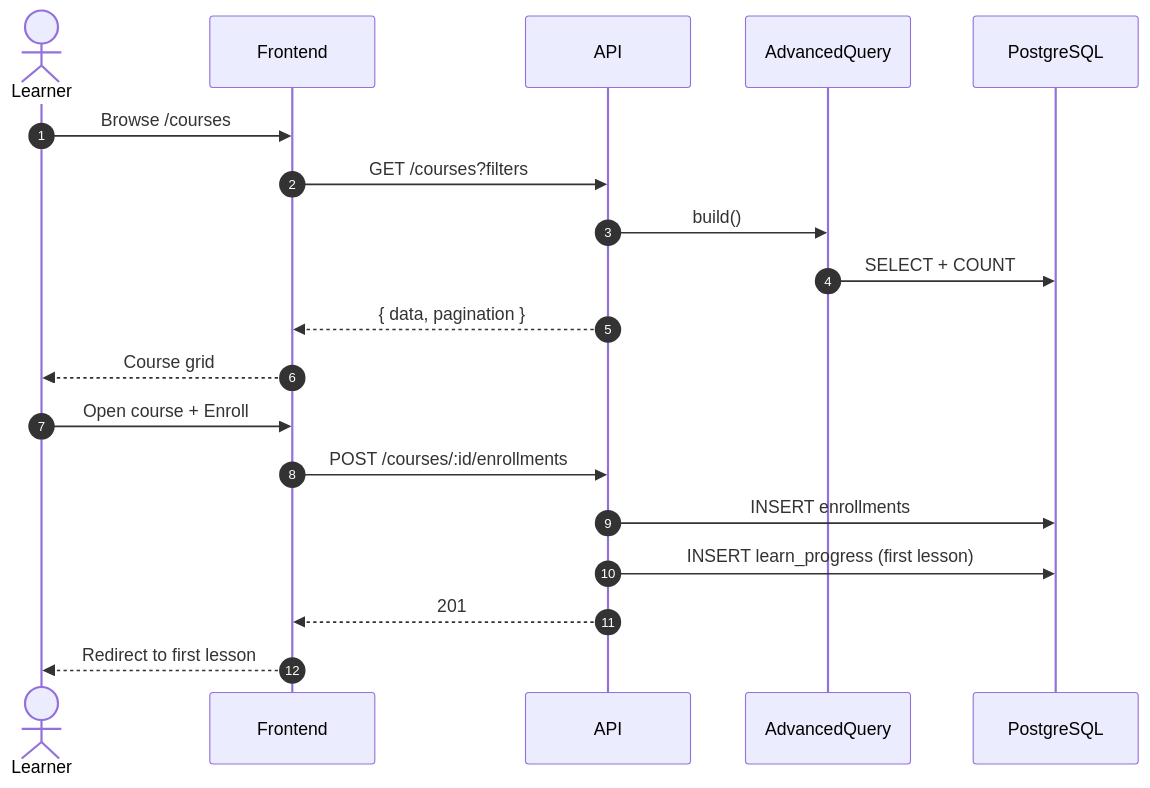
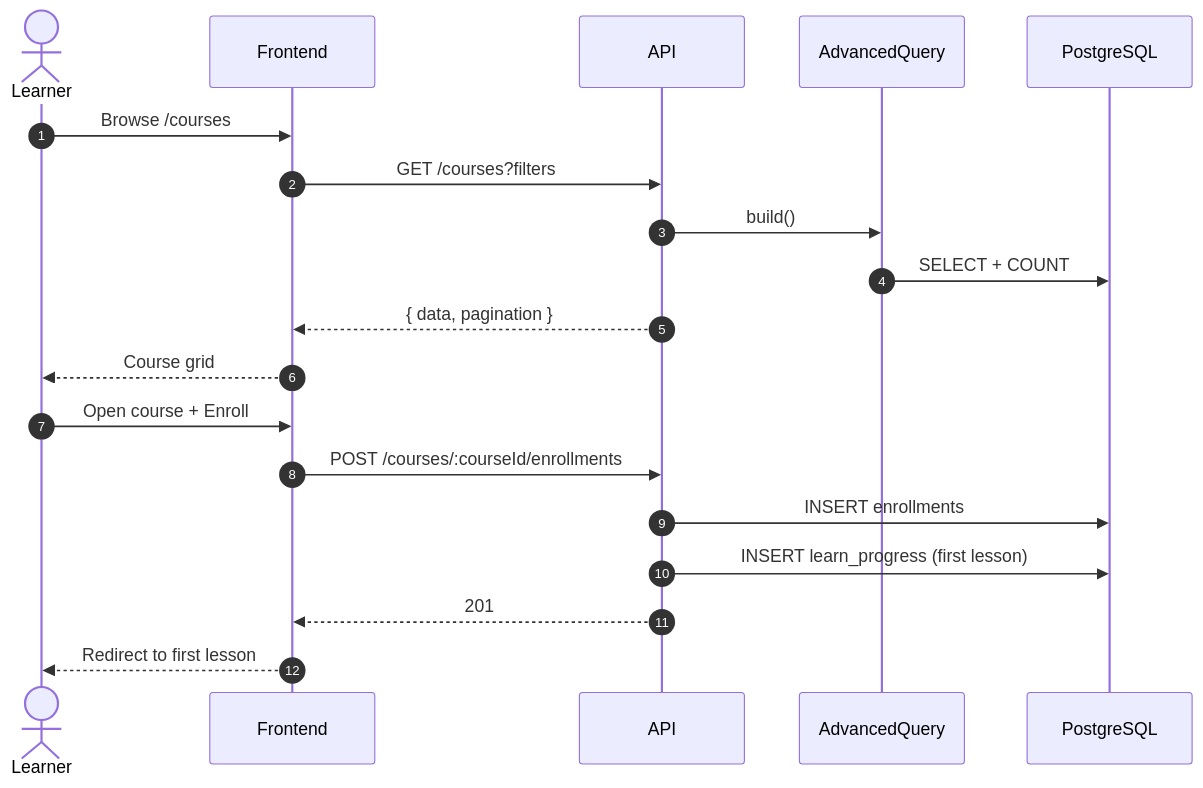
One commit to Rafy-Tho/LearnSphere changed the fourth of 12 diagrams in docs/diagrams/sequence-diagrams.md. Above: the diagram before and after it, drawn with Mermaid. The commit also changed other lines of this file and 65 other files, not shown here.

````diff
--- a/docs/diagrams/sequence-diagrams.md
+++ b/docs/diagrams/sequence-diagrams.md
@@ -89,22 +89,22 @@
 ```mermaid
 sequenceDiagram
   autonumber
   actor L as Learner
   participant F as Frontend
   participant A as API
   participant Q as AdvancedQuery
   participant DB as PostgreSQL
 
   L->>F: Browse /courses
   F->>A: GET /courses?filters
   A->>Q: build()
   Q->>DB: SELECT + COUNT
   A-->>F: { data, pagination }
   F-->>L: Course grid
   L->>F: Open course + Enroll
-  F->>A: POST /courses/:id/enrollments
+  F->>A: POST /courses/:courseId/enrollments
   A->>DB: INSERT enrollments
   A->>DB: INSERT learn_progress (first lesson)
   A-->>F: 201
   F-->>L: Redirect to first lesson
 ```
````
